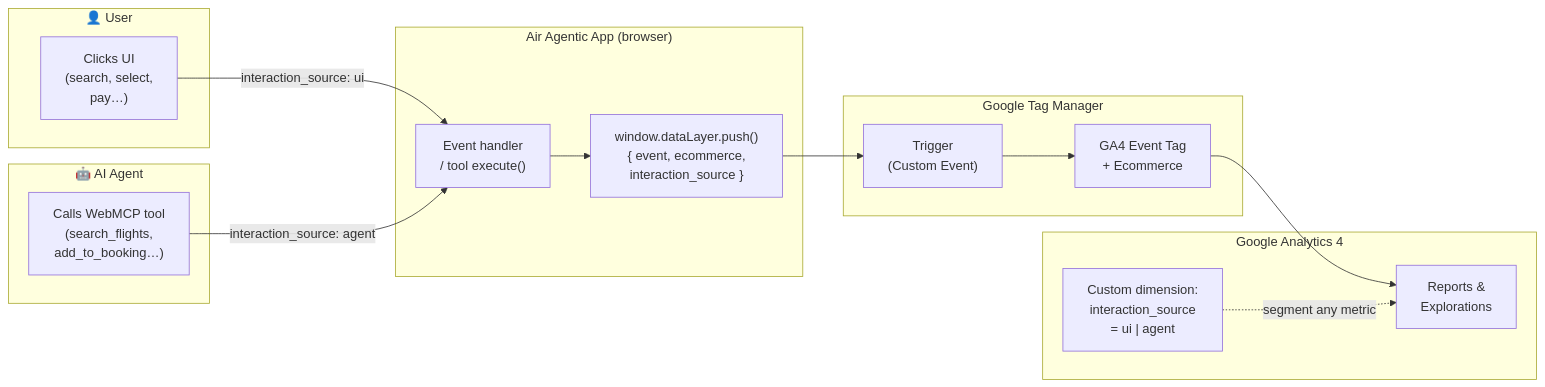
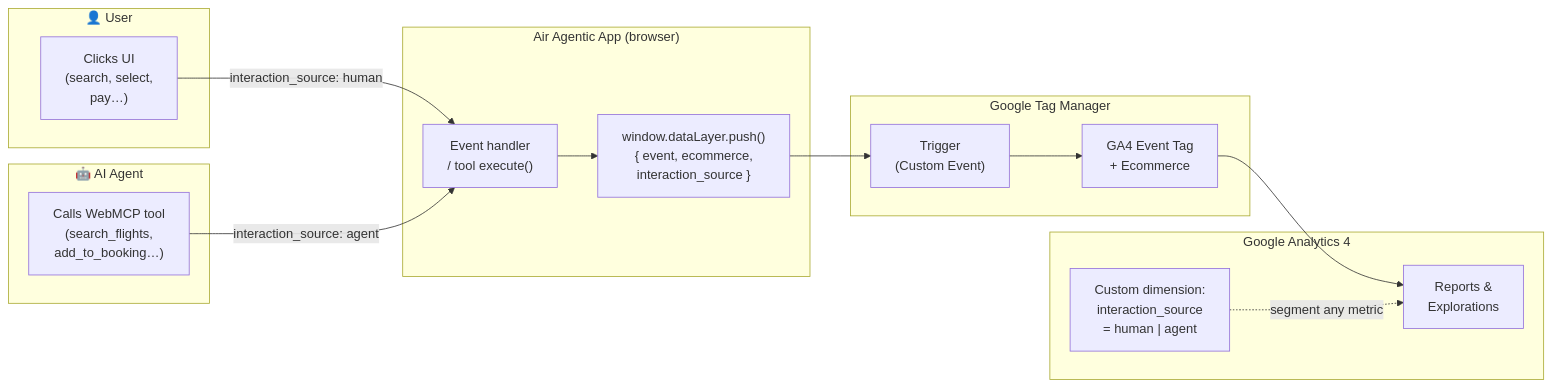
The diagram in README.md (dataenthusiast-io/agentair-webmcp-demo), drawn with Mermaid before and after one commit. The commit also changed other lines of this file, not shown here.

````diff
--- a/README.md
+++ b/README.md
@@ -27,33 +27,33 @@
 ```mermaid
 flowchart LR
     subgraph USER["👤 User"]
         U_CLICK["Clicks UI\n(search, select,\npay…)"]
     end
 
     subgraph AGENT["🤖 AI Agent"]
         A_TOOL["Calls WebMCP tool\n(search_flights,\nadd_to_booking…)"]
     end
 
     subgraph APP["Air Agentic App (browser)"]
         HANDLER["Event handler\n/ tool execute()"]
         DL["window.dataLayer.push()\n{ event, ecommerce,\ninteraction_source }"]
     end
 
     subgraph GTM["Google Tag Manager"]
         TRIGGER["Trigger\n(Custom Event)"]
         TAG["GA4 Event Tag\n+ Ecommerce"]
     end
 
     subgraph GA4["Google Analytics 4"]
         REPORT["Reports &\nExplorations"]
-        DIM["Custom dimension:\ninteraction_source\n= ui | agent"]
+        DIM["Custom dimension:\ninteraction_source\n= human | agent"]
     end
 
-    U_CLICK -->|"interaction_source: ui"| HANDLER
+    U_CLICK -->|"interaction_source: human"| HANDLER
     A_TOOL -->|"interaction_source: agent"| HANDLER
     HANDLER --> DL
     DL --> TRIGGER
     TRIGGER --> TAG
     TAG --> REPORT
     DIM -.->|"segment any metric"| REPORT
 ```
````
